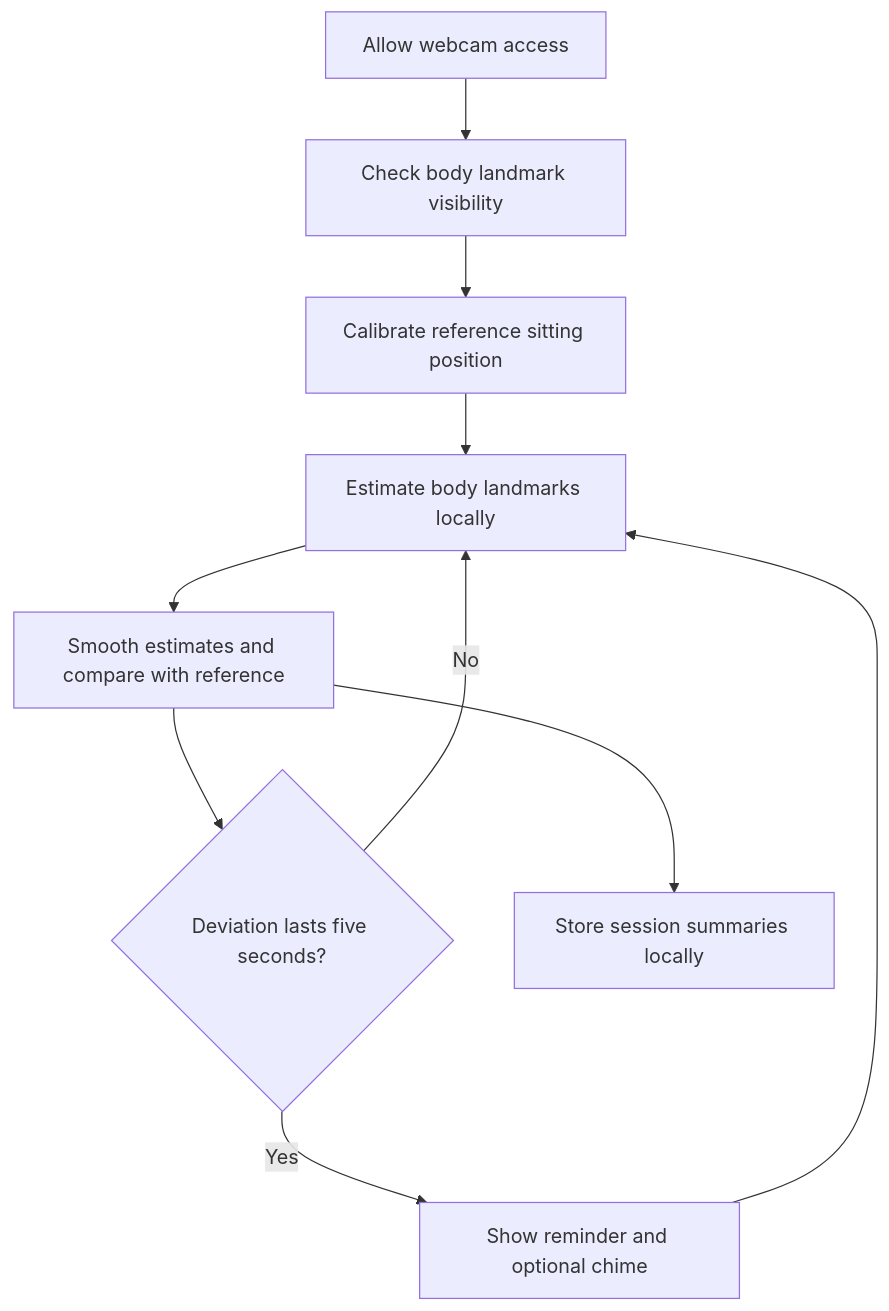
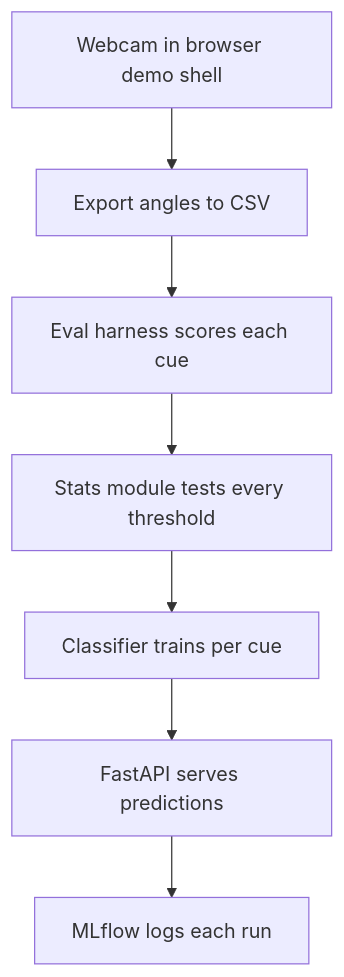
One commit to dasarijashwanth/PoseGuard changed the diagram in README.md. Above: the diagram before and after it, drawn with Mermaid. The commit also changed other lines of this file, not shown here.

````diff
--- a/README.md
+++ b/README.md
@@ -35,23 +71,9 @@
 ```mermaid
-
 flowchart TD
-
-    A[Allow webcam access] --> B[Check body landmark visibility]
-
-    B --> C[Calibrate reference sitting position]
-
-    C --> D[Estimate body landmarks locally]
-
-    D --> E[Smooth estimates and compare with reference]
-
-    E --> F{Deviation lasts five seconds?}
-
-    F -->|No| D
-
-    F -->|Yes| G[Show reminder and optional chime]
-
-    G --> D
-
-    E --> H[Store session summaries locally]
-
+    A[Webcam in browser demo shell] --> B[Export angles to CSV]
+    B --> C[Eval harness scores each cue]
+    C --> D[Stats module tests every threshold]
+    D --> E[Classifier trains per cue]
+    E --> F[FastAPI serves predictions]
+    F --> G[MLflow logs each run]
 ```
````
